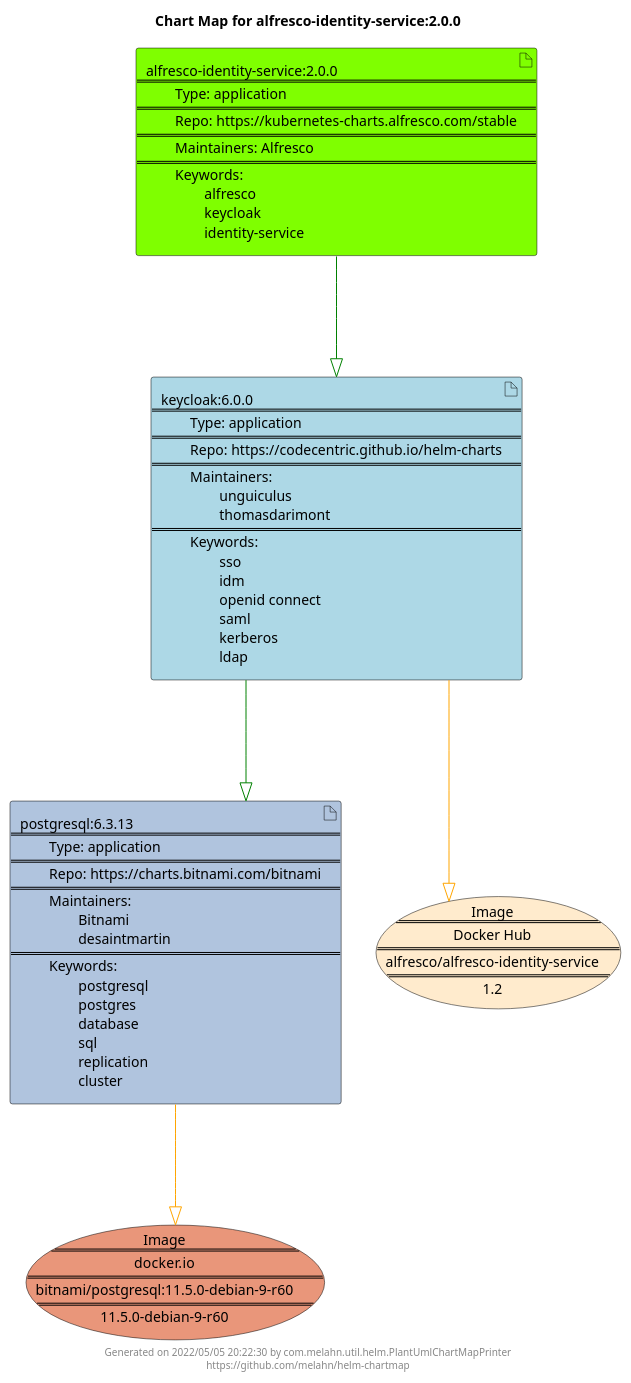
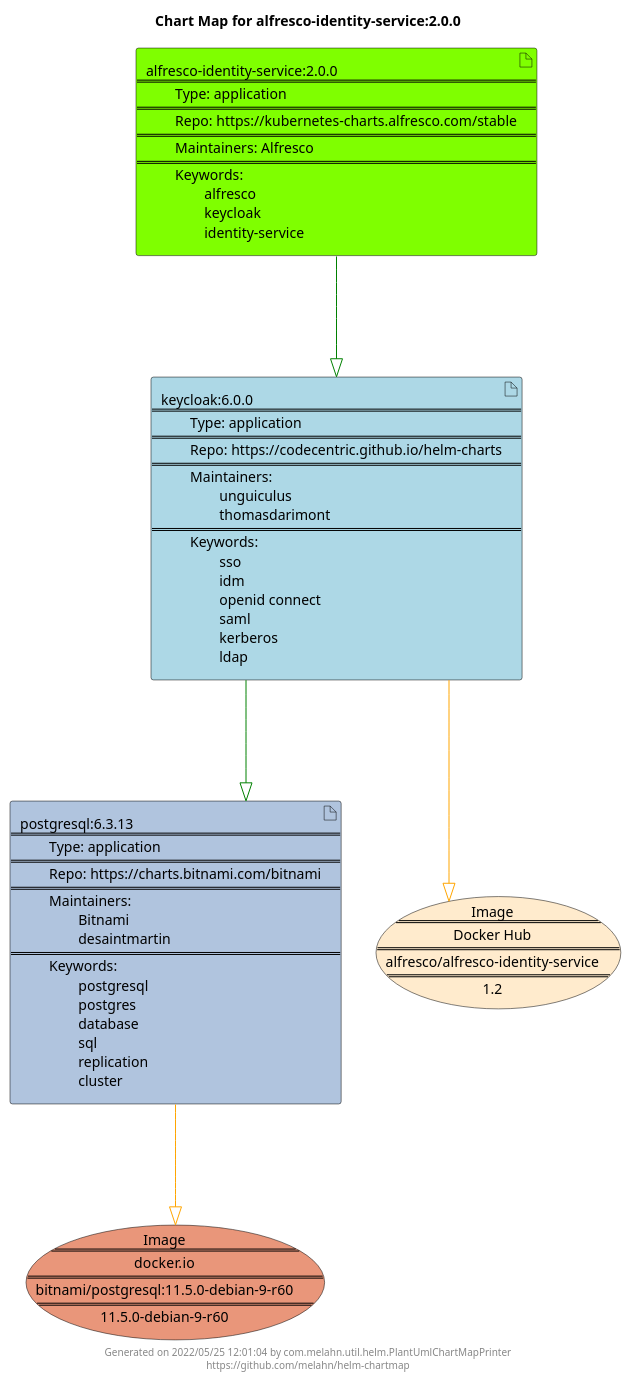
Before and after one commit to melahn/helm-chartmap: the diagram in docs/alfresco-identity-service/alfresco-identity-service-2.0.0.puml, drawn with PlantUML. The commit also changed 60 other files, not shown here.

```diff
--- a/docs/alfresco-identity-service/alfresco-identity-service-2.0.0.puml
+++ b/docs/alfresco-identity-service/alfresco-identity-service-2.0.0.puml
@@ -1,27 +1,27 @@
 @startuml
 skinparam linetype ortho
 skinparam backgroundColor white
 skinparam usecaseBorderColor black
 skinparam usecaseArrowColor LightSlateGray
 skinparam artifactBorderColor black
 skinparam artifactArrowColor LightSlateGray
 
 title Chart Map for alfresco-identity-service:2.0.0
 
 'There are 3 referenced Helm Charts
 artifact "postgresql:6.3.13\n====\n\tType: application\n====\n\tRepo: https://charts.bitnami.com/bitnami\n====\n\tMaintainers: \n\t\tBitnami\n\t\tdesaintmartin\n====\n\tKeywords: \n\t\tpostgresql\n\t\tpostgres\n\t\tdatabase\n\t\tsql\n\t\treplication\n\t\tcluster" as postgresql_6_3_13 #LightSteelBlue
 artifact "keycloak:6.0.0\n====\n\tType: application\n====\n\tRepo: https://codecentric.github.io/helm-charts\n====\n\tMaintainers: \n\t\tunguiculus\n\t\tthomasdarimont\n====\n\tKeywords: \n\t\tsso\n\t\tidm\n\t\topenid connect\n\t\tsaml\n\t\tkerberos\n\t\tldap" as keycloak_6_0_0 #LightBlue
 artifact "alfresco-identity-service:2.0.0\n====\n\tType: application\n====\n\tRepo: https://kubernetes-charts.alfresco.com/stable\n====\n\tMaintainers: Alfresco\n====\n\tKeywords: \n\t\talfresco\n\t\tkeycloak\n\t\tidentity-service" as alfresco_identity_service_2_0_0 #Chartreuse
 
 'There are 2 referenced Docker Images
 usecase "Image\n====\ndocker.io\n====\nbitnami/postgresql:11.5.0-debian-9-r60\n====\n11.5.0-debian-9-r60" as docker_io_bitnami_postgresql_11_5_0_debian_9_r60 #DarkSalmon
 usecase "Image\n====\nDocker Hub\n====\nalfresco/alfresco-identity-service\n====\n1.2" as alfresco_alfresco_identity_service_1_2 #BlanchedAlmond
 
 'Chart Dependencies
 alfresco_identity_service_2_0_0--[#green]-|>keycloak_6_0_0
 keycloak_6_0_0--[#green]-|>postgresql_6_3_13
 postgresql_6_3_13--[#orange]-|>docker_io_bitnami_postgresql_11_5_0_debian_9_r60
 keycloak_6_0_0--[#orange]-|>alfresco_alfresco_identity_service_1_2
 
-center footer Generated on 2022/05/05 20:22:30 by com.melahn.util.helm.PlantUmlChartMapPrinter\nhttps://github.com/melahn/helm-chartmap
+center footer Generated on 2022/05/25 12:01:04 by com.melahn.util.helm.PlantUmlChartMapPrinter\nhttps://github.com/melahn/helm-chartmap
 @enduml
```
